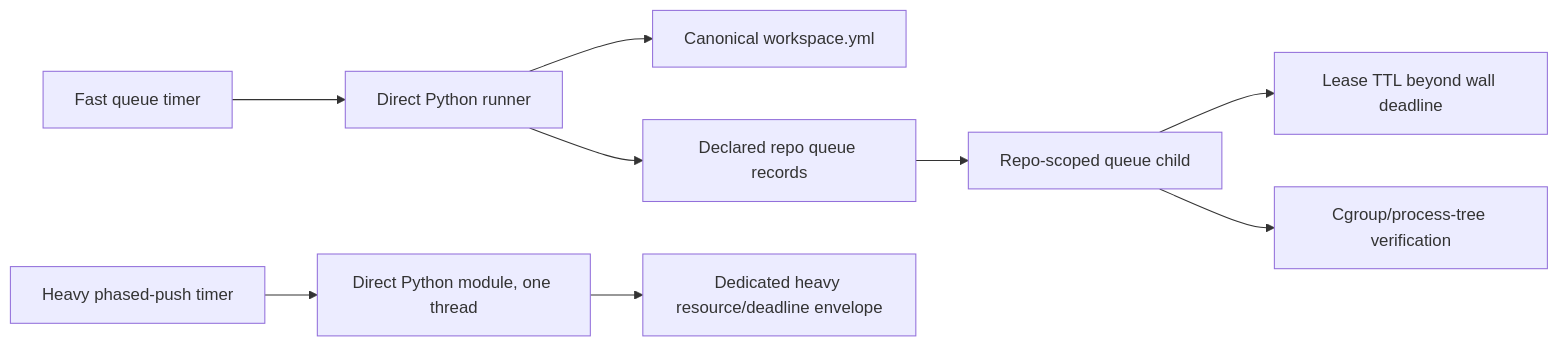
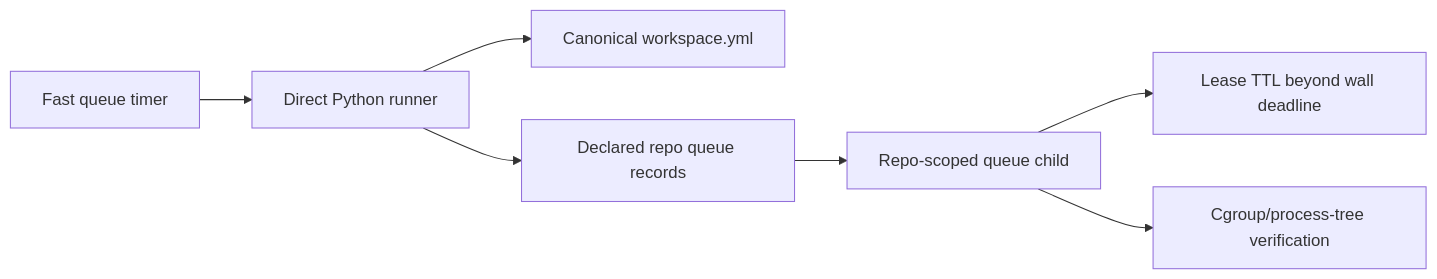
Before and after one commit to Knuckles-Team/repository-manager: the diagram in docs/merge-queue-runner.md, drawn with Mermaid. The commit also changed other lines of this file and 64 other files, not shown here.

First line of the commit message:
feat: deterministic dependency rollout; retire phased bump/push (3.5.5)

````diff
--- a/docs/merge-queue-runner.md
+++ b/docs/merge-queue-runner.md
@@ -19,11 +18,9 @@
 ```mermaid
 flowchart LR
     timer[Fast queue timer] --> runner[Direct Python runner]
     runner --> manifest[Canonical workspace.yml]
     runner --> queues[Declared repo queue records]
     queues --> child[Repo-scoped queue child]
     child --> lease[Lease TTL beyond wall deadline]
     child --> cgroup[Cgroup/process-tree verification]
-    push_timer[Heavy phased-push timer] --> push["Direct Python module, one thread"]
-    push --> heavy[Dedicated heavy resource/deadline envelope]
 ```
````
